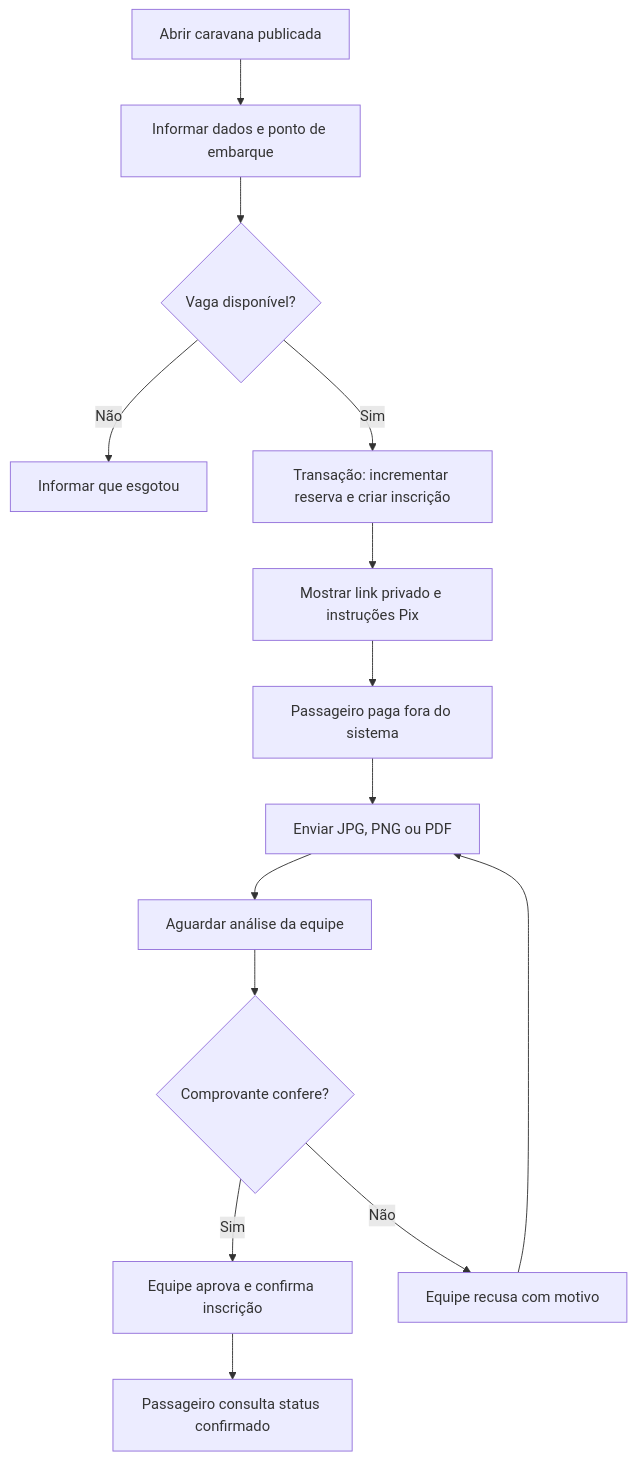
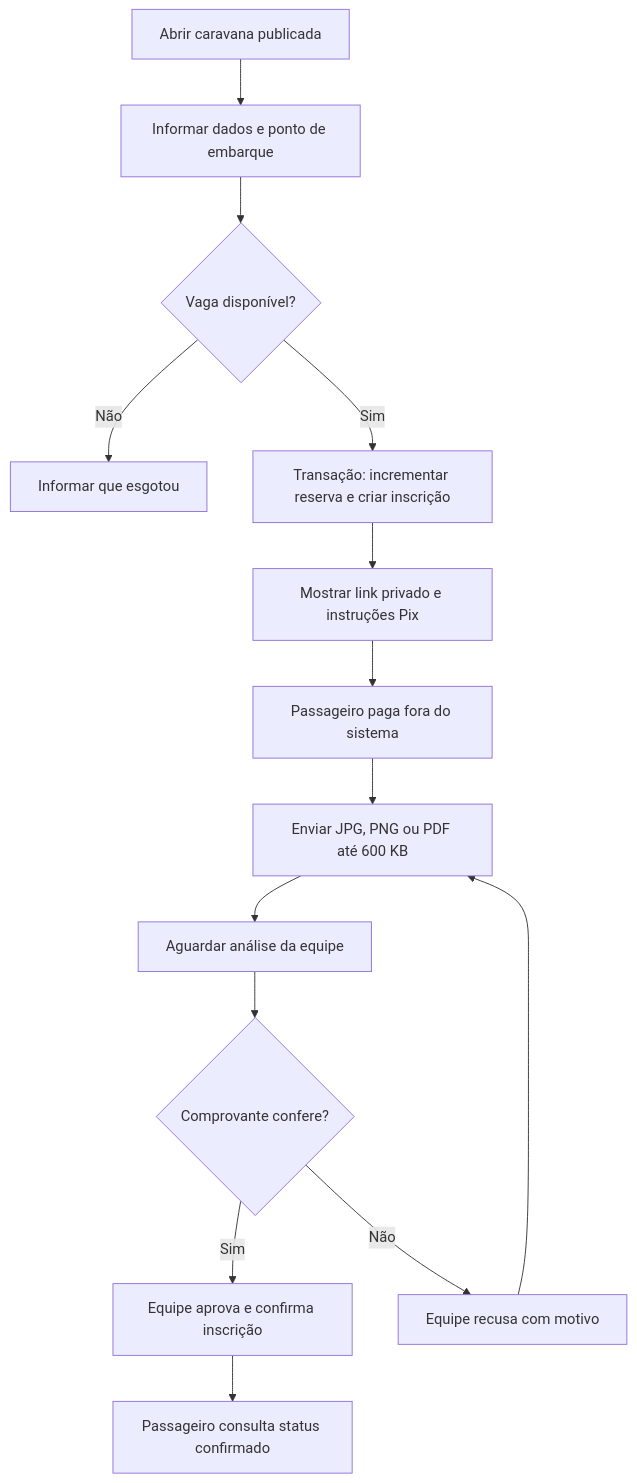
One commit to CristianoRFB/Caravana changed the first of 2 diagrams in docs/activity-flow.md. Above: the diagram before and after it, drawn with Mermaid. The commit also changed other lines of this file and 44 other files, not shown here.

````diff
--- a/docs/activity-flow.md
+++ b/docs/activity-flow.md
@@ -3,16 +3,16 @@
 ```mermaid
 flowchart TD
   A[Abrir caravana publicada] --> B[Informar dados e ponto de embarque]
   B --> C{Vaga disponível?}
   C -- Não --> D[Informar que esgotou]
   C -- Sim --> E[Transação: incrementar reserva e criar inscrição]
   E --> F[Mostrar link privado e instruções Pix]
   F --> G[Passageiro paga fora do sistema]
-  G --> H[Enviar JPG, PNG ou PDF]
+  G --> H[Enviar JPG, PNG ou PDF até 600 KB]
   H --> I[Aguardar análise da equipe]
   I --> J{Comprovante confere?}
   J -- Sim --> K[Equipe aprova e confirma inscrição]
   J -- Não --> L[Equipe recusa com motivo]
   L --> H
   K --> M[Passageiro consulta status confirmado]
 ```
````
